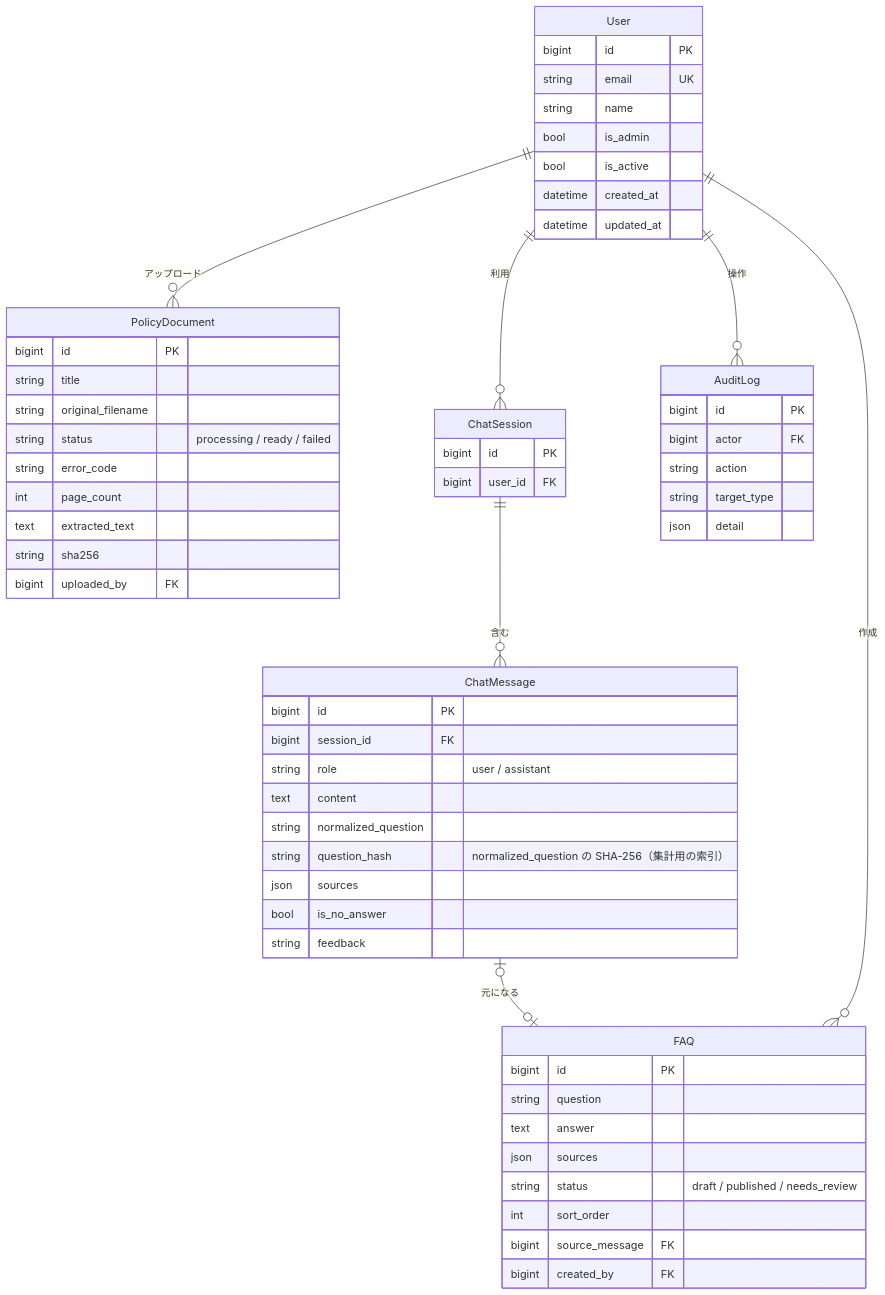
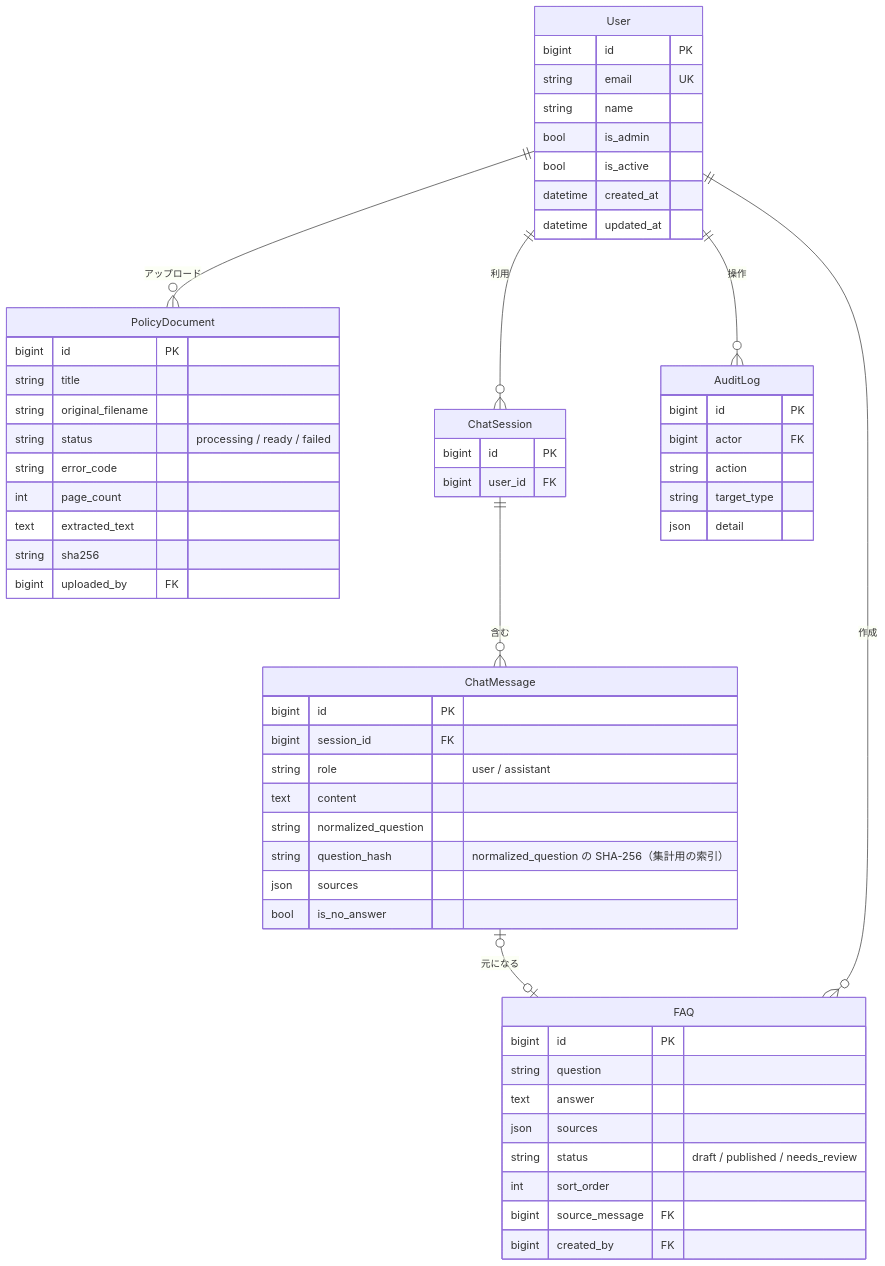
The fourth of 4 diagrams in README.md (Atsushieeeee/hr-policy-app), drawn with Mermaid before and after one commit. The commit also changed other lines of this file and 7 other files, not shown here.

````diff
--- a/README.md
+++ b/README.md
@@ -114,62 +114,61 @@
 ```mermaid
 erDiagram
     User ||--o{ PolicyDocument : "アップロード"
     User ||--o{ ChatSession : "利用"
     ChatSession ||--o{ ChatMessage : "含む"
     ChatMessage |o--o| FAQ : "元になる"
     User ||--o{ FAQ : "作成"
     User ||--o{ AuditLog : "操作"
 
     User {
         bigint id PK
         string email UK
         string name
         bool is_admin
         bool is_active
         datetime created_at
         datetime updated_at
     }
     PolicyDocument {
         bigint id PK
         string title
         string original_filename
         string status "processing / ready / failed"
         string error_code
         int page_count
         text extracted_text
         string sha256
         bigint uploaded_by FK
     }
     ChatSession {
         bigint id PK
         bigint user_id FK
     }
     ChatMessage {
         bigint id PK
         bigint session_id FK
         string role "user / assistant"
         text content
         string normalized_question
         string question_hash "normalized_question の SHA-256（集計用の索引）"
         json sources
         bool is_no_answer
-        string feedback
     }
     FAQ {
         bigint id PK
         string question
         text answer
         json sources
         string status "draft / published / needs_review"
         int sort_order
         bigint source_message FK
         bigint created_by FK
     }
     AuditLog {
         bigint id PK
         bigint actor FK
         string action
         string target_type
         json detail
     }
 ```
````
